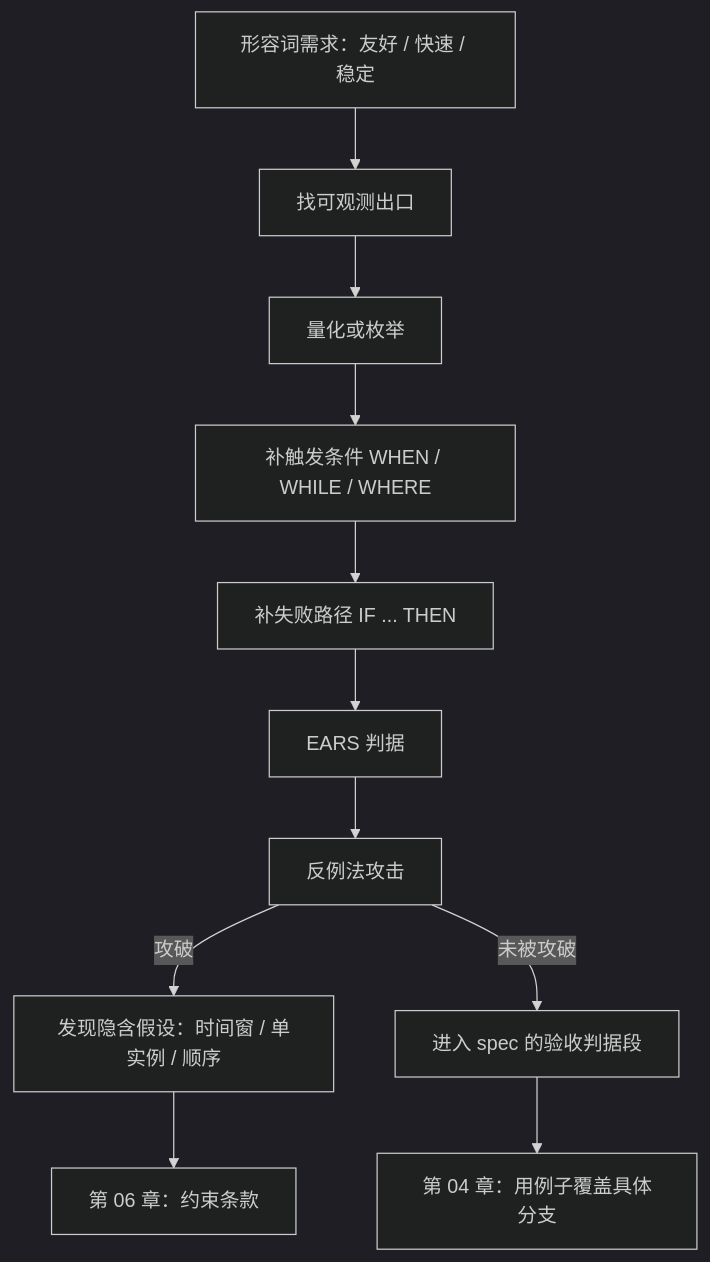
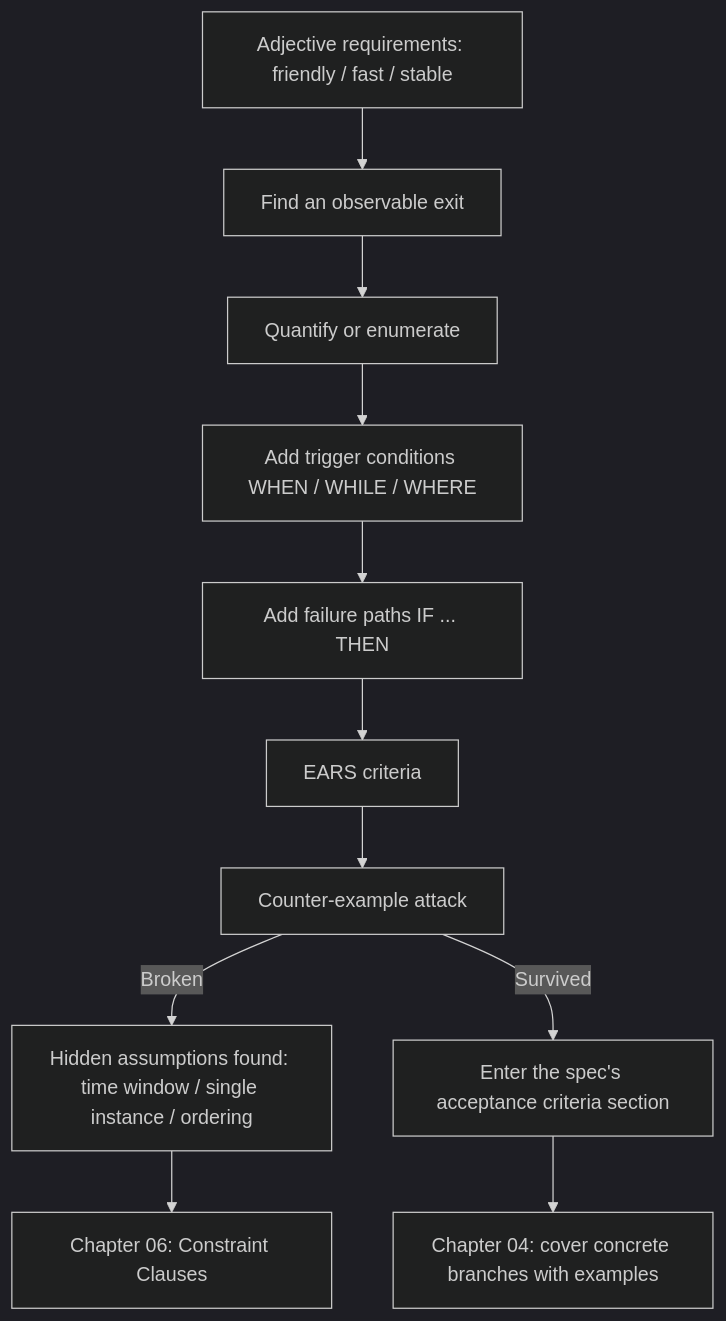
The second of 2 diagrams in phase2/chapters/ch03-testability.md (xzlxiao/vibe-coding-textbook), drawn with Mermaid (dark theme) before and after one commit. The commit also changed other lines of this file and 15 other files, not shown here.

````diff
--- a/phase2/chapters/ch03-testability.md
+++ b/phase2/chapters/ch03-testability.md
@@ -208,13 +208,13 @@
 ```mermaid
 flowchart TD
-    A["形容词需求：友好 / 快速 / 稳定"] --> B["找可观测出口"]
-    B --> C["量化或枚举"]
-    C --> D["补触发条件 WHEN / WHILE / WHERE"]
-    D --> E["补失败路径 IF ... THEN"]
-    E --> F["EARS 判据"]
-    F --> G["反例法攻击"]
-    G -->|"攻破"| H["发现隐含假设：时间窗 / 单实例 / 顺序"]
-    H --> I["第 06 章：约束条款"]
-    G -->|"未被攻破"| J["进入 spec 的验收判据段"]
-    J --> K["第 04 章：用例子覆盖具体分支"]
+    A["Adjective requirements: friendly / fast / stable"] --> B["Find an observable exit"]
+    B --> C["Quantify or enumerate"]
+    C --> D["Add trigger conditions WHEN / WHILE / WHERE"]
+    D --> E["Add failure paths IF ... THEN"]
+    E --> F["EARS criteria"]
+    F --> G["Counter-example attack"]
+    G -->|"Broken"| H["Hidden assumptions found: time window / single instance / ordering"]
+    H --> I["Chapter 06: Constraint Clauses"]
+    G -->|"Survived"| J["Enter the spec's acceptance criteria section"]
+    J --> K["Chapter 04: cover concrete branches with examples"]
 ```
````
